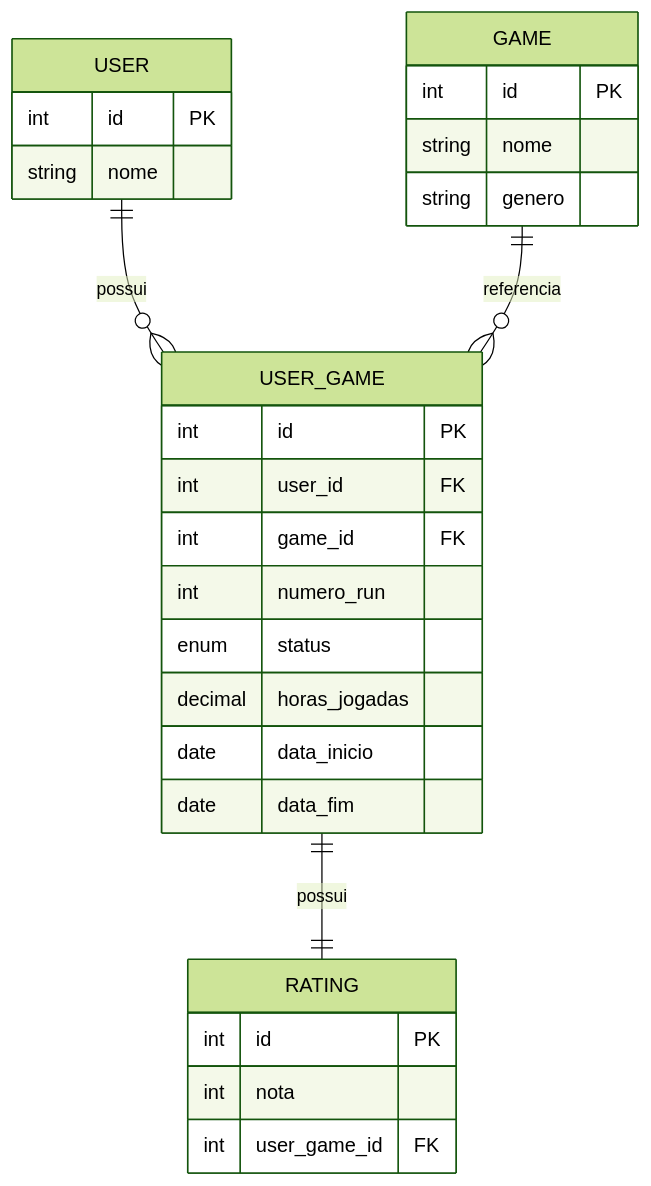
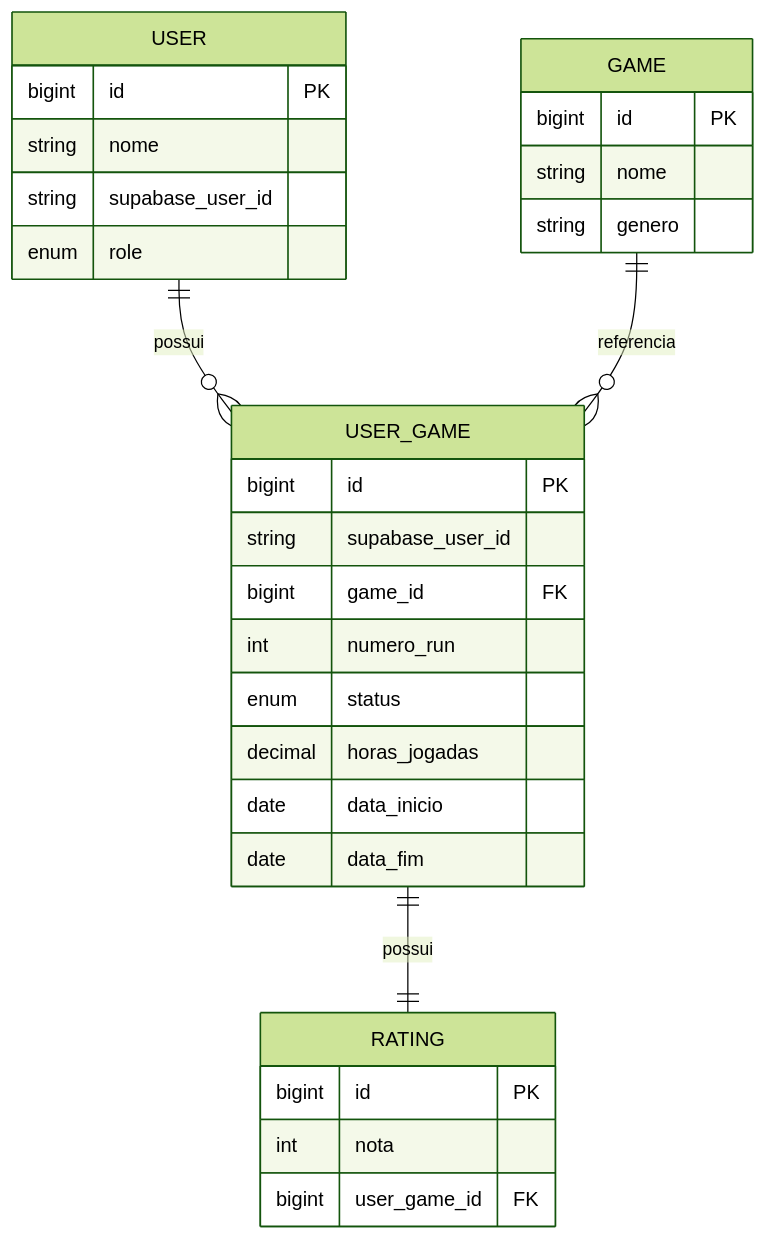
Before and after one commit to adsanna/back-end-api-jogos: the diagram in README.md, drawn with Mermaid (forest theme). The commit also changed other lines of this file and 29 other files, not shown here.

`````diff
--- a/README.md
+++ b/README.md
@@ -200,35 +345,37 @@
 ```mermaid
 erDiagram
 
     USER ||--o{ USER_GAME : possui
     GAME ||--o{ USER_GAME : referencia
     USER_GAME ||--|| RATING : possui
 
     USER {
-        int id PK
+        bigint id PK
         string nome
+        string supabase_user_id
+        enum role
     }
 
     GAME {
-        int id PK
+        bigint id PK
         string nome
         string genero
     }
 
     USER_GAME {
-        int id PK
-        int user_id FK
-        int game_id FK
+        bigint id PK
+        string supabase_user_id
+        bigint game_id FK
         int numero_run
         enum status
         decimal horas_jogadas
         date data_inicio
         date data_fim
     }
 
     RATING {
-        int id PK
+        bigint id PK
         int nota
-        int user_game_id FK
+        bigint user_game_id FK
     }
-````
+```
`````
